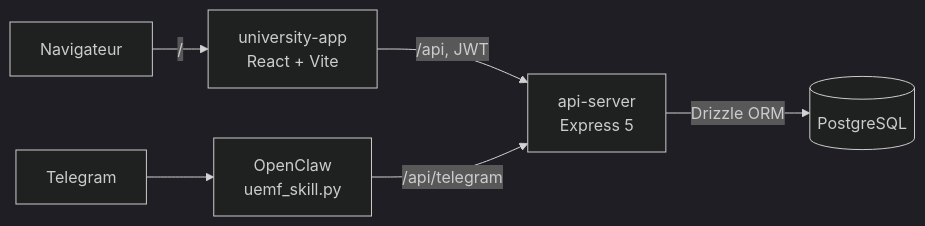
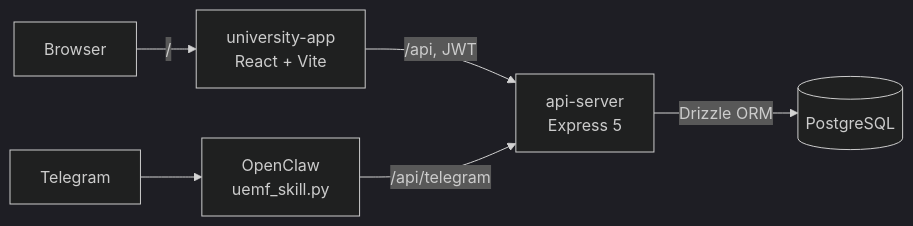
Before and after one commit to creepout777/uemf-university-management: the diagram in README.md, drawn with Mermaid (dark theme). The commit also changed other lines of this file, not shown here.

````diff
--- a/README.md
+++ b/README.md
@@ -118,7 +118,7 @@
 ```mermaid
 flowchart LR
-    A[Navigateur] -->|/| B[university-app<br/>React + Vite]
+    A[Browser] -->|/| B[university-app<br/>React + Vite]
     B -->|/api, JWT| C[api-server<br/>Express 5]
     T[Telegram] --> O[OpenClaw<br/>uemf_skill.py] -->|/api/telegram| C
     C -->|Drizzle ORM| D[(PostgreSQL)]
 ```
````
